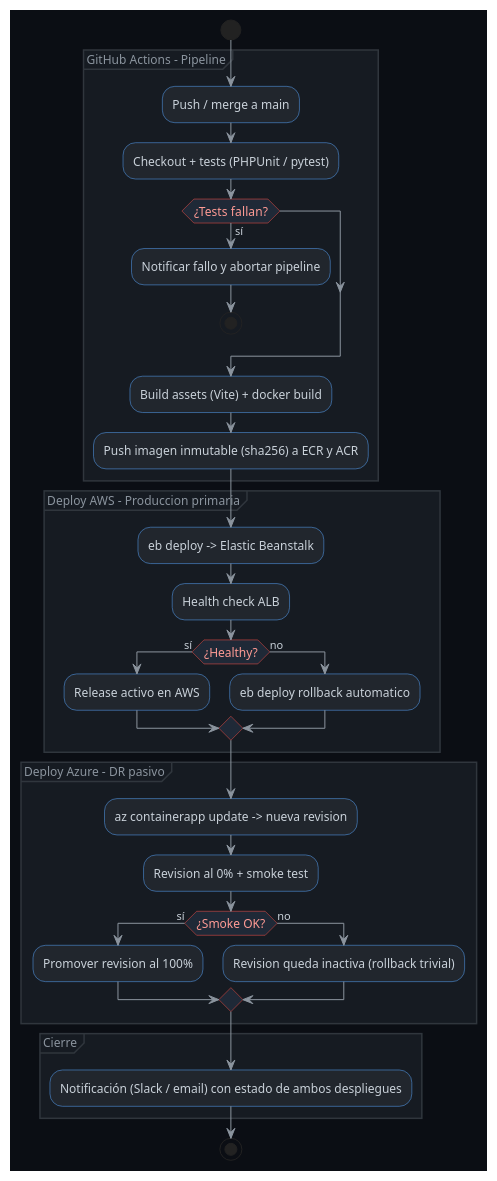
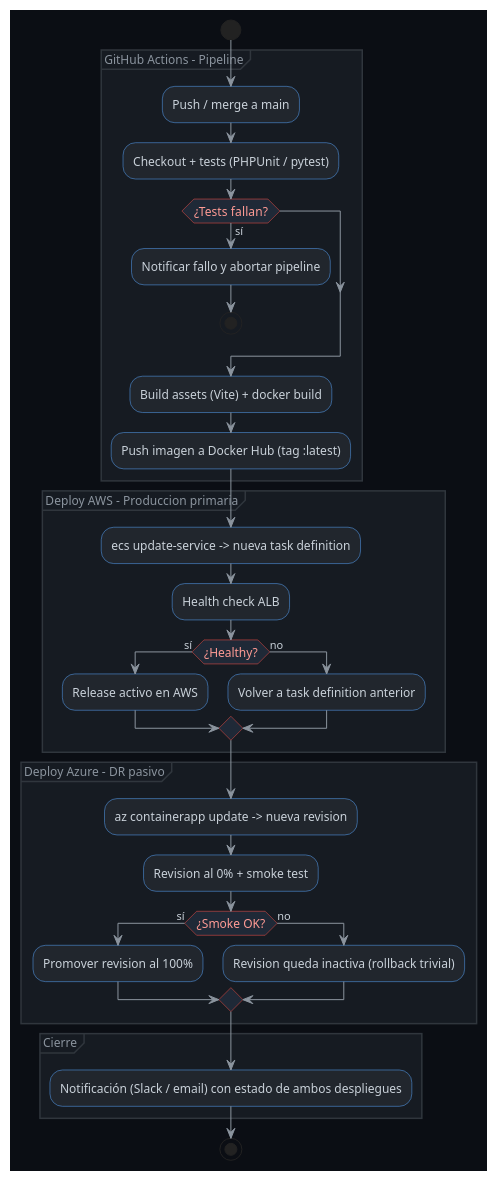
One commit to Aisaac123/KeyNography- changed the eighth of 11 diagrams in docs/despliegue-multicloud.md. Above: the diagram before and after it, drawn with PlantUML. The commit also changed other lines of this file and 4 other files, not shown here.

````diff
--- a/docs/despliegue-multicloud.md
+++ b/docs/despliegue-multicloud.md
@@ -858,55 +865,55 @@
 ```plantuml
 @startuml CI-CD - Flujo de Despliegue y Rollback
 skinparam backgroundColor #0B0E14
 skinparam shadowing false
 skinparam defaultFontName "Segoe UI"
 skinparam defaultFontSize 12
 skinparam ArrowColor #8B949E
 skinparam ArrowFontColor #C9D1D9
 skinparam ArrowFontSize 11
 skinparam ActivityBackgroundColor #21262D
 skinparam ActivityBorderColor #58A6FF
 skinparam ActivityFontColor #C9D1D9
 skinparam ActivityDiamondBackgroundColor #1F2937
 skinparam ActivityDiamondBorderColor #F85149
 skinparam ActivityDiamondFontColor #FF9B95
 skinparam PartitionBackgroundColor #161B22
 skinparam PartitionBorderColor #30363D
 skinparam PartitionFontColor #8B949E
 skinparam ConditionEndBackgroundColor #238636
 
 start
 partition "GitHub Actions - Pipeline" {
   :Push / merge a main;
   :Checkout + tests (PHPUnit / pytest);
   if (¿Tests fallan?) then (sí)
     :Notificar fallo y abortar pipeline;
     stop
   endif
   :Build assets (Vite) + docker build;
-  :Push imagen inmutable (sha256) a ECR y ACR;
+  :Push imagen a Docker Hub (tag :latest);
 }
 partition "Deploy AWS - Produccion primaria" {
-  :eb deploy -> Elastic Beanstalk;
+  :ecs update-service -> nueva task definition;
   :Health check ALB;
   if (¿Healthy?) then (sí)
     :Release activo en AWS;
   else (no)
-    :eb deploy rollback automatico;
+    :Volver a task definition anterior;
   endif
 }
 partition "Deploy Azure - DR pasivo" {
   :az containerapp update -> nueva revision;
   :Revision al 0% + smoke test;
   if (¿Smoke OK?) then (sí)
     :Promover revision al 100%;
   else (no)
     :Revision queda inactiva (rollback trivial);
   endif
 }
 partition "Cierre" {
   :Notificación (Slack / email) con estado de ambos despliegues;
 }
 stop
 @enduml
 ```
````
